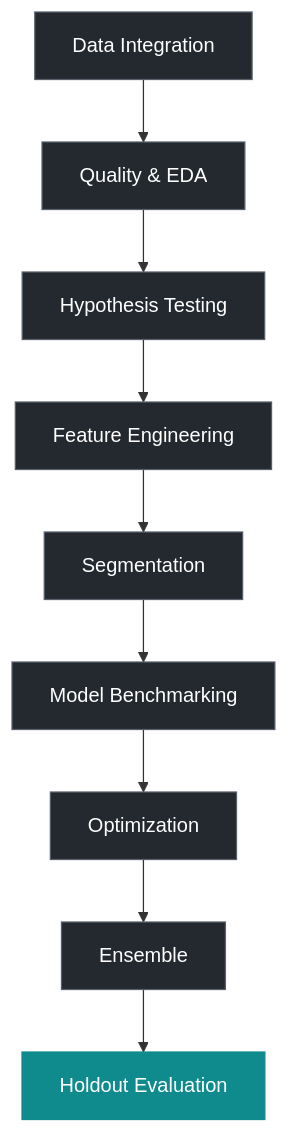
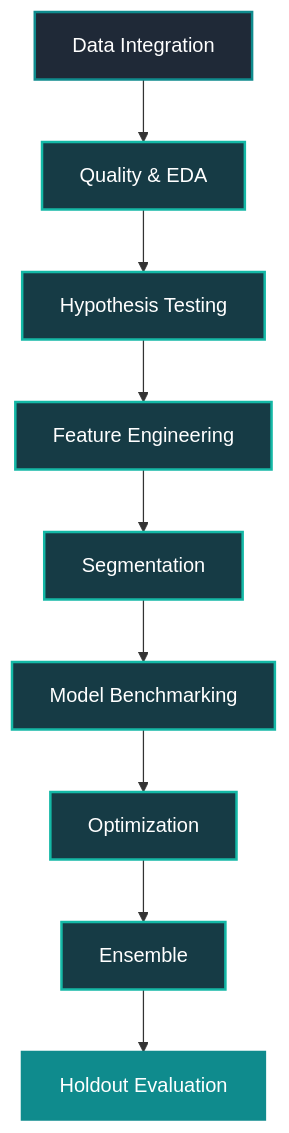
Before and after one commit to Ysm-wld/Telecom-Churn-Retention-Intelligence: the second of 7 diagrams in README.md, drawn with Mermaid. The commit also changed other lines of this file, not shown here.

````diff
--- a/README.md
+++ b/README.md
@@ -109,16 +109,19 @@
 ```mermaid
 flowchart TB
     A["Data Integration"] --> B["Quality & EDA"]
     B --> C["Hypothesis Testing"]
     C --> D["Feature Engineering"]
     D --> E["Segmentation"]
     E --> F["Model Benchmarking"]
     F --> G["Optimization"]
     G --> H["Ensemble"]
     H --> I["Holdout Evaluation"]
 
-    classDef process fill:#24292f,color:#fff,stroke:#57606a;
-    classDef final fill:#0f8b8d,color:#fff,stroke:#0f8b8d;
-    class A,B,C,D,E,F,G,H process;
+    classDef source fill:#1f2937,color:#fff,stroke:#0f8b8d,stroke-width:2px;
+    classDef process fill:#24292f,color:#fff,stroke:#4b5563,stroke-width:1.5px;
+    classDef analytical fill:#163b45,color:#fff,stroke:#14b8a6,stroke-width:2px;
+    classDef final fill:#0f8b8d,color:#fff,stroke:#0f8b8d,stroke-width:2px;
+    class A source;
+    class B,C,D,E,F,G,H analytical;
     class I final;
 ```
````
